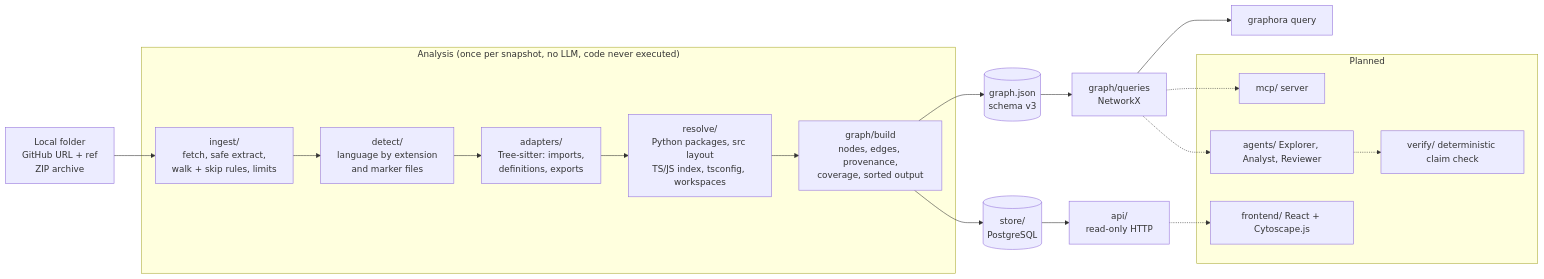
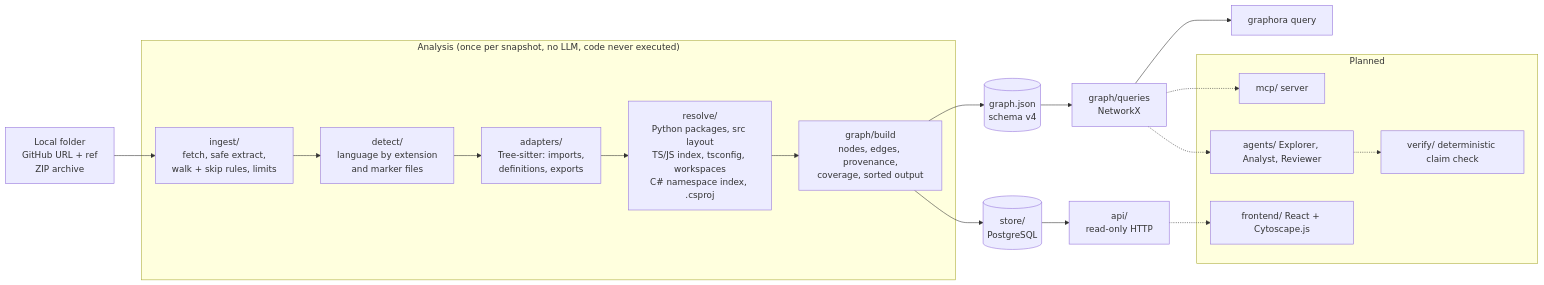
Before and after one commit to ulyanafrolova/graphora-AI: the first of 3 diagrams in README.md, drawn with Mermaid. The commit also changed other lines of this file and 3 other files, not shown here.

````diff
--- a/README.md
+++ b/README.md
@@ -60,33 +66,33 @@
 ```mermaid
 flowchart LR
     src["Local folder<br/>GitHub URL + ref<br/>ZIP archive"]
 
     subgraph analyze["Analysis (once per snapshot, no LLM, code never executed)"]
         ingest["ingest/<br/>fetch, safe extract,<br/>walk + skip rules, limits"]
         detect["detect/<br/>language by extension<br/>and marker files"]
         adapters["adapters/<br/>Tree-sitter: imports,<br/>definitions, exports"]
-        resolve["resolve/<br/>Python packages, src layout<br/>TS/JS index, tsconfig, workspaces"]
+        resolve["resolve/<br/>Python packages, src layout<br/>TS/JS index, tsconfig, workspaces<br/>C# namespace index, .csproj"]
         build["graph/build<br/>nodes, edges, provenance,<br/>coverage, sorted output"]
         ingest --> detect --> adapters --> resolve --> build
     end
 
     src --> ingest
-    build --> json[("graph.json<br/>schema v3")]
+    build --> json[("graph.json<br/>schema v4")]
     build --> store[("store/<br/>PostgreSQL")]
 
     json --> queries["graph/queries<br/>NetworkX"]
     queries --> cli["graphora query"]
     store --> api["api/<br/>read-only HTTP"]
 
     subgraph next["Planned"]
         mcp["mcp/ server"]
         agents["agents/ Explorer, Analyst, Reviewer"]
         verify["verify/ deterministic claim check"]
         ui["frontend/ React + Cytoscape.js"]
     end
 
     queries -.-> mcp
     queries -.-> agents
     agents -.-> verify
     api -.-> ui
 ```
````
